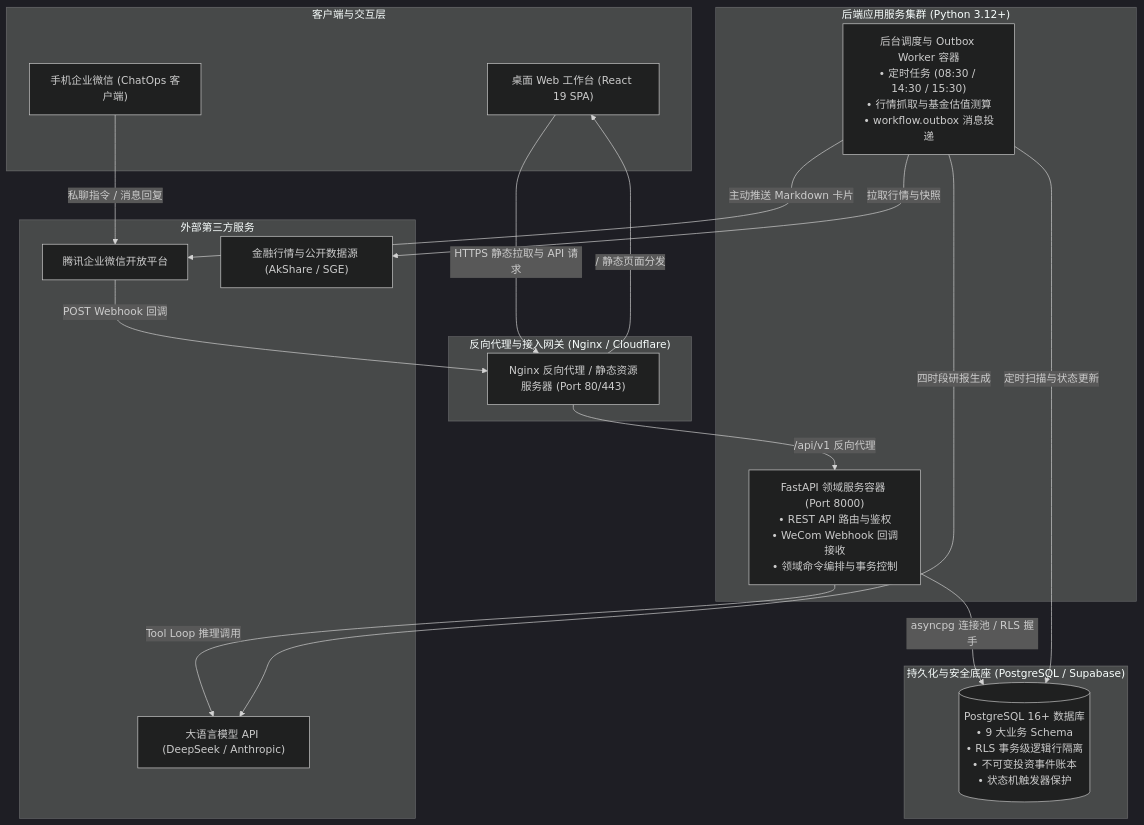
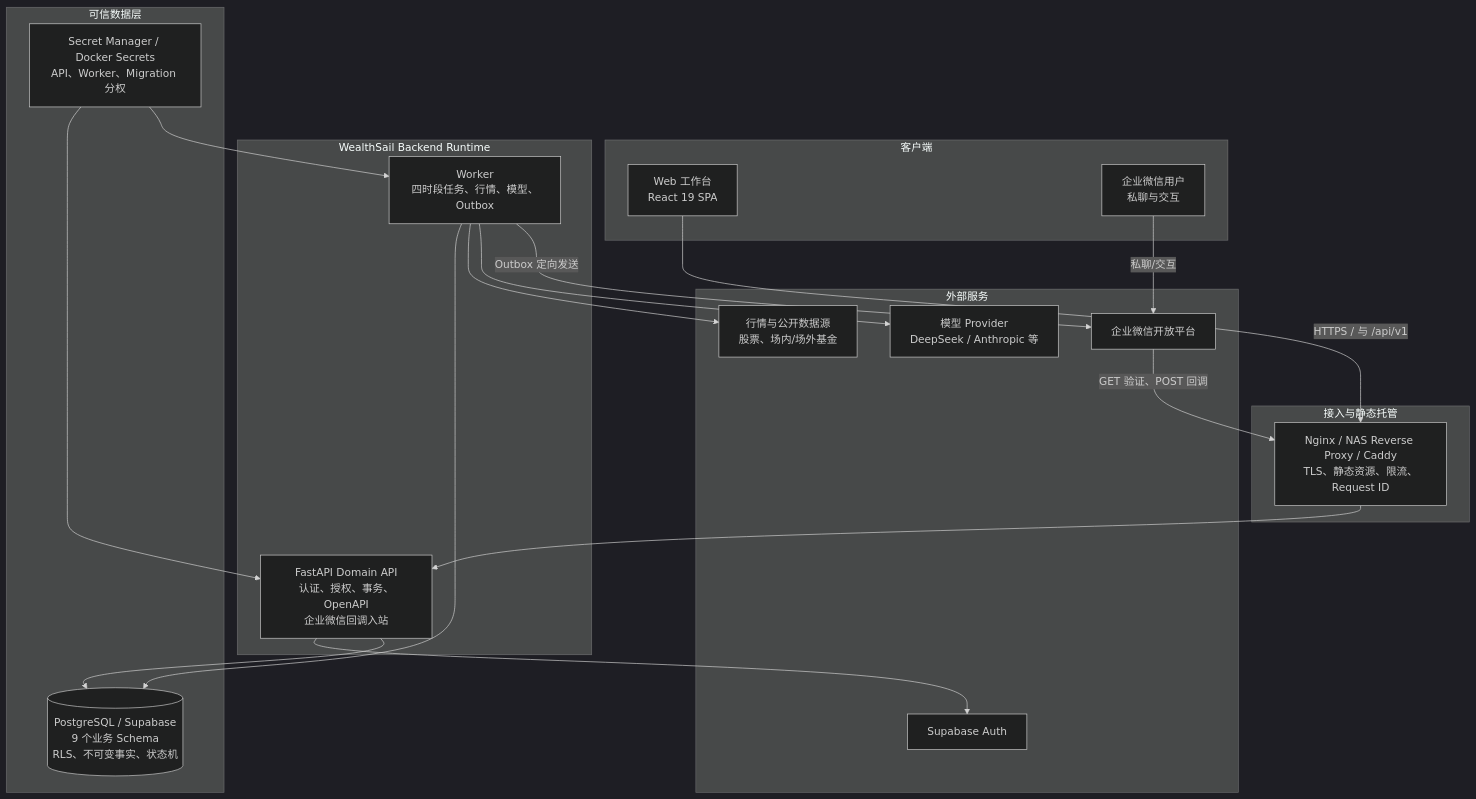
Before and after one commit to sinojelly/wealthsail: the first of 6 diagrams in docs/10.WealthSail-MVP前后端实现与系统部署规范.md, drawn with Mermaid (dark theme). The commit also changed other lines of this file and 1 other file, not shown here.

````diff
--- a/docs/10.WealthSail-MVP前后端实现与系统部署规范.md
+++ b/docs/10.WealthSail-MVP前后端实现与系统部署规范.md
@@ -19,40 +104,41 @@
 ```mermaid
 flowchart TD
-    subgraph ClientLayer["客户端与交互层"]
-        Browser["桌面 Web 工作台 (React 19 SPA)"]
-        WeComApp["手机企业微信 (ChatOps 客户端)"]
+    subgraph Clients["客户端"]
+        Browser["Web 工作台<br/>React 19 SPA"]
+        WeComUser["企业微信用户<br/>私聊与交互"]
     end
 
-    subgraph IngressLayer["反向代理与接入网关 (Nginx / Cloudflare)"]
-        Nginx["Nginx 反向代理 / 静态资源服务器 (Port 80/443)"]
+    subgraph Edge["接入与静态托管"]
+        Gateway["Nginx / NAS Reverse Proxy / Caddy<br/>TLS、静态资源、限流、Request ID"]
     end
 
-    subgraph ServiceLayer["后端应用服务集群 (Python 3.12+)"]
-        API["FastAPI 领域服务容器 (Port 8000)<br/>• REST API 路由与鉴权<br/>• WeCom Webhook 回调接收<br/>• 领域命令编排与事务控制"]
-        Worker["后台调度与 Outbox Worker 容器<br/>• 定时任务 (08:30 / 14:30 / 15:30)<br/>• 行情抓取与基金估值测算<br/>• workflow.outbox 消息投递"]
+    subgraph Runtime["WealthSail Backend Runtime"]
+        API["FastAPI Domain API<br/>认证、授权、事务、OpenAPI<br/>企业微信回调入站"]
+        Worker["Worker<br/>四时段任务、行情、模型、Outbox"]
     end
 
-    subgraph DataLayer["持久化与安全底座 (PostgreSQL / Supabase)"]
-        SupaDB[("PostgreSQL 16+ 数据库<br/>• 9 大业务 Schema<br/>• RLS 事务级逻辑行隔离<br/>• 不可变投资事件账本<br/>• 状态机触发器保护")]
+    subgraph Data["可信数据层"]
+        DB[("PostgreSQL / Supabase<br/>9 个业务 Schema<br/>RLS、不可变事实、状态机")]
+        Secrets["Secret Manager / Docker Secrets<br/>API、Worker、Migration 分权"]
     end
 
-    subgraph ExternalCloud["外部第三方服务"]
-        WeComServer["腾讯企业微信开放平台"]
-        LLMProvider["大语言模型 API (DeepSeek / Anthropic)"]
-        MarketSource["金融行情与公开数据源 (AkShare / SGE)"]
+    subgraph External["外部服务"]
+        SupaAuth["Supabase Auth"]
+        WeCom["企业微信开放平台"]
+        Market["行情与公开数据源<br/>股票、场内/场外基金"]
+        Model["模型 Provider<br/>DeepSeek / Anthropic 等"]
     end
 
-    Browser -->|HTTPS 静态拉取与 API 请求| Nginx
-    WeComApp -->|私聊指令 / 消息回复| WeComServer
-    WeComServer -->|POST Webhook 回调| Nginx
-
-    Nginx -->|/ 静态页面分发| Browser
-    Nginx -->|/api/v1 反向代理| API
-
-    API -->|asyncpg 连接池 / RLS 握手| SupaDB
-    Worker -->|定时扫描与状态更新| SupaDB
-    Worker -->|主动推送 Markdown 卡片| WeComServer
-    Worker -->|拉取行情与快照| MarketSource
-    API -->|Tool Loop 推理调用| LLMProvider
-    Worker -->|四时段研报生成| LLMProvider
+    Browser -->|HTTPS / 与 /api/v1| Gateway
+    WeComUser -->|私聊/交互| WeCom
+    WeCom -->|GET 验证、POST 回调| Gateway
+    Gateway --> API
+    API --> SupaAuth
+    API --> DB
+    Worker --> DB
+    Worker --> Market
+    Worker --> Model
+    Worker -->|Outbox 定向发送| WeCom
+    Secrets --> API
+    Secrets --> Worker
 ```
````
